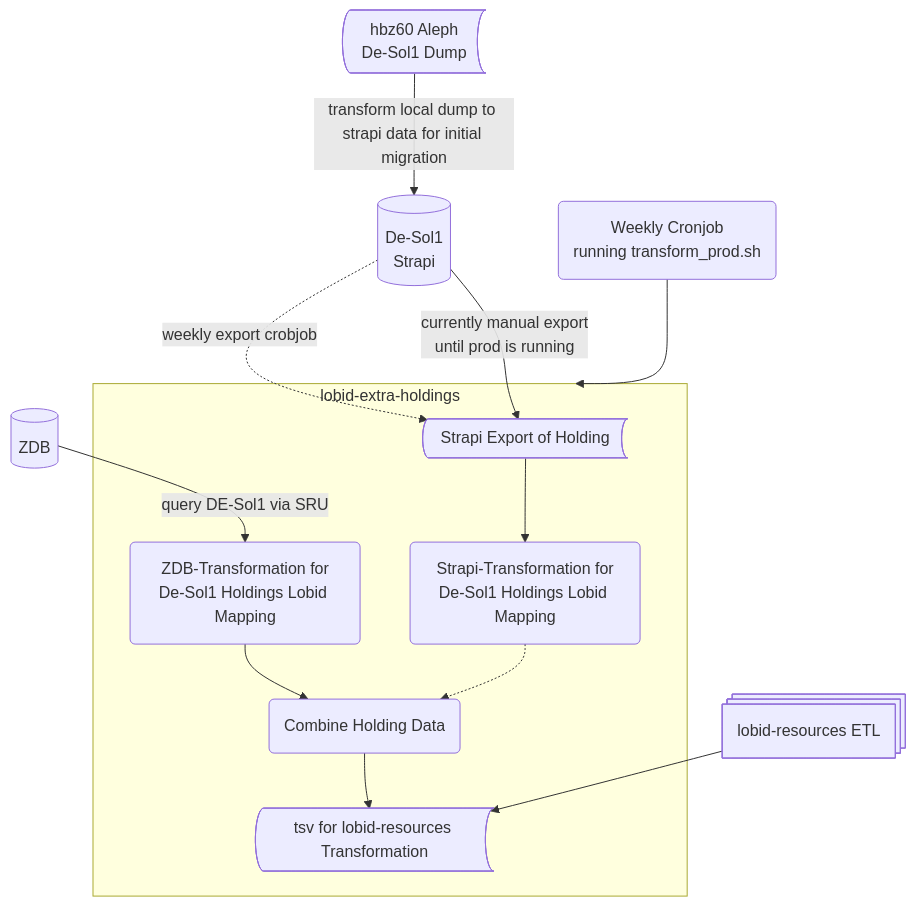
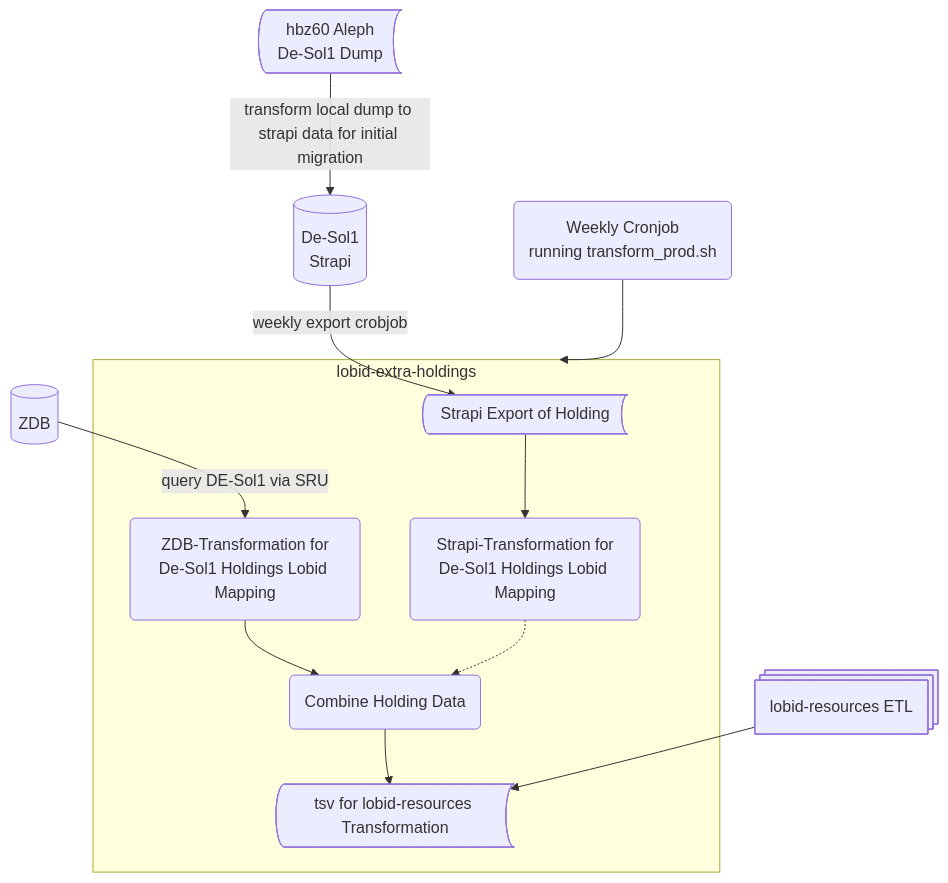
One commit to hbz/lobid-extra-holdings changed the diagram in README.md. Above: the diagram before and after it, drawn with Mermaid.

Commit message:
Update workflow picture for DE-Sol1 Strapi #45

````diff
--- a/README.md
+++ b/README.md
@@ -13,33 +13,32 @@
 ```mermaid
 
 flowchart TD
  subgraph s1["lobid-extra-holdings"]
         n2["Strapi Export of Holding "]
         n5["Combine Holding Data"]
         n4["ZDB-Transformation for<br>De-Sol1 Holdings Lobid Mapping"]
         n6["Strapi-Transformation for<br>De-Sol1 Holdings Lobid Mapping"]
         n7["tsv for lobid-resources Transformation"]
   end
     n4 --> n5
     n1["hbz60 Aleph<br>De-Sol1 Dump"]
     A["ZDB"] -- "query DE-Sol1 via SRU" --> n4
     n1 -- transform local dump to strapi data for initial migration--> n3["De-Sol1<br>Strapi"]
-    n3 -. "weekly export crobjob" -.-> n2
-    n3 -- "currently manual export<br> until prod is running" --> n2
+    n3 -- "weekly export crobjob" --> n2
     n2 --> n6
     n6 -.-> n5
     n5 --> n7
     n8["Weekly Cronjob<br> running transform_prod.sh"] --> s1
     n9["lobid-resources ETL"] --> n7
 
     n5@{ shape: rounded}
     n4@{ shape: rounded}
     n6@{ shape: rounded}
     n7@{ shape: stored-data}
     n1@{ shape: stored-data}
     n2@{ shape: stored-data}
     A@{ shape: db}
     n3@{ shape: db}
     n8@{ shape: event}
     n9@{ shape: procs}
 ```
````
